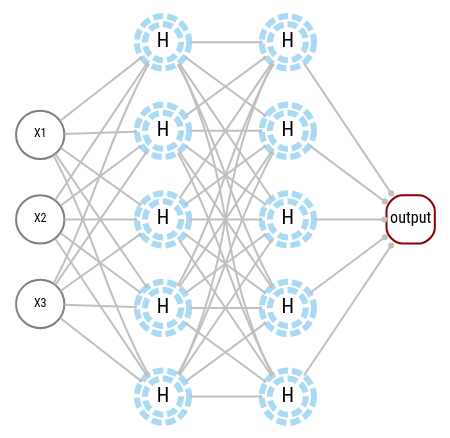
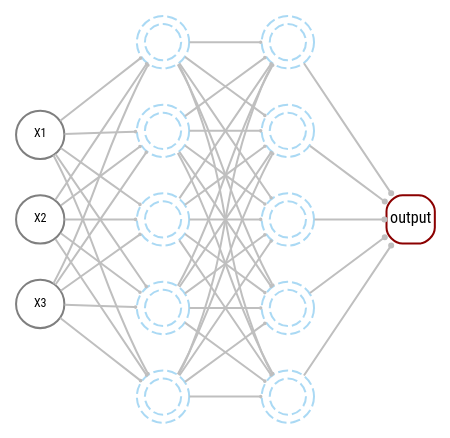
One commit to m-clark/book-of-models changed the diagram in img/nn_basic.dot. Above: the diagram before and after it, drawn with Graphviz. The commit also changed 58 other files, not shown here.

```diff
--- a/img/nn_basic.dot
+++ b/img/nn_basic.dot
@@ -1,34 +1,34 @@
 digraph neural_network {
   bgcolor="transparent"
   rankdir=LR;
   node [shape=circle color=gray50 fontname="Roboto Condensed"];
 
   X1 [label="X1" fixedsize=True fontsize =6 width=.33];
   X2 [label="X2" fixedsize=True fontsize =6 width=.33];
   X3 [label="X3" fixedsize=True fontsize =6 width=.33];
   
   
   X1 -> hidden1, hidden2, hidden3, hidden4,hidden5 [arrowhead="dot" arrowsize=0.1 minlen=1 fontsize=7 color=gray75];
   X2 -> hidden1, hidden2, hidden3, hidden4,hidden5 [arrowhead="dot" arrowsize=0.1 minlen=1 fontsize=7 color=gray75];
   X3 -> hidden1, hidden2, hidden3, hidden4,hidden5 [arrowhead="dot" arrowsize=0.1 minlen=1 fontsize=7 color=gray75];
 
 
-  hidden1 [label=H fixedsize=True fontsize =10 width=.25 color = "#56B4E980" shape=doublecircle style=dashed penwidth=3];
-  hidden2 [label=H fixedsize=True fontsize =10 width=.25 color = "#56B4E980" shape=doublecircle style=dashed penwidth=3];
-  hidden3 [label=H fixedsize=True fontsize =10 width=.25 color = "#56B4E980" shape=doublecircle style=dashed penwidth=3];
-  hidden4 [label=H fixedsize=True fontsize =10 width=.25 color = "#56B4E980" shape=doublecircle style=dashed penwidth=3];
-  hidden5 [label=H fixedsize=True fontsize =10 width=.25 color = "#56B4E980" shape=doublecircle style=dashed penwidth=3];
+  hidden1 [label="" fixedsize=True fontsize =10 width=.25 color = "#56B4E980" shape=doublecircle style=dashed penwidth=1];
+  hidden2 [label="" fixedsize=True fontsize =10 width=.25 color = "#56B4E980" shape=doublecircle style=dashed penwidth=1];
+  hidden3 [label="" fixedsize=True fontsize =10 width=.25 color = "#56B4E980" shape=doublecircle style=dashed penwidth=1];
+  hidden4 [label="" fixedsize=True fontsize =10 width=.25 color = "#56B4E980" shape=doublecircle style=dashed penwidth=1];
+  hidden5 [label="" fixedsize=True fontsize =10 width=.25 color = "#56B4E980" shape=doublecircle style=dashed penwidth=1];
     
   hidden1, hidden2, hidden3, hidden4, hidden5 -> hidden1b, hidden2b, hidden3b, hidden4b, hidden5b [arrowhead="dot" arrowsize=0.1 minlen=1 fontsize=7 color=gray75];
 
-  hidden1b [label=H fixedsize=True fontsize =10 width=.25 color = "#56B4E980" shape=doublecircle style=dashed penwidth=3];
-  hidden2b [label=H fixedsize=True fontsize =10 width=.25 color = "#56B4E980" shape=doublecircle style=dashed penwidth=3];
-  hidden3b [label=H fixedsize=True fontsize =10 width=.25 color = "#56B4E980" shape=doublecircle style=dashed penwidth=3];
-  hidden4b [label=H fixedsize=True fontsize =10 width=.25 color = "#56B4E980" shape=doublecircle style=dashed penwidth=3];
-  hidden5b [label=H fixedsize=True fontsize =10 width=.25 color = "#56B4E980" shape=doublecircle style=dashed penwidth=3];
+  hidden1b [label="" fixedsize=True fontsize =10 width=.25 color = "#56B4E980" shape=doublecircle style=dashed penwidth=1];
+  hidden2b [label="" fixedsize=True fontsize =10 width=.25 color = "#56B4E980" shape=doublecircle style=dashed penwidth=1];
+  hidden3b [label="" fixedsize=True fontsize =10 width=.25 color = "#56B4E980" shape=doublecircle style=dashed penwidth=1];
+  hidden4b [label="" fixedsize=True fontsize =10 width=.25 color = "#56B4E980" shape=doublecircle style=dashed penwidth=1];
+  hidden5b [label="" fixedsize=True fontsize =10 width=.25 color = "#56B4E980" shape=doublecircle style=dashed penwidth=1];
 
 
   hidden1b, hidden2b, hidden3b, hidden4b, hidden5b -> output [arrowhead="dot" arrowsize=0.25 minlen=1 color=gray75];
 
-  output [label="output" fixedsize=True fontsize =8 width=.33 color=darkred shape=square style=rounded];
+  output [label="output" fixedsize=True fontsize =8 width=.33 color="#8B0000" shape=square style=rounded];
 }
```
